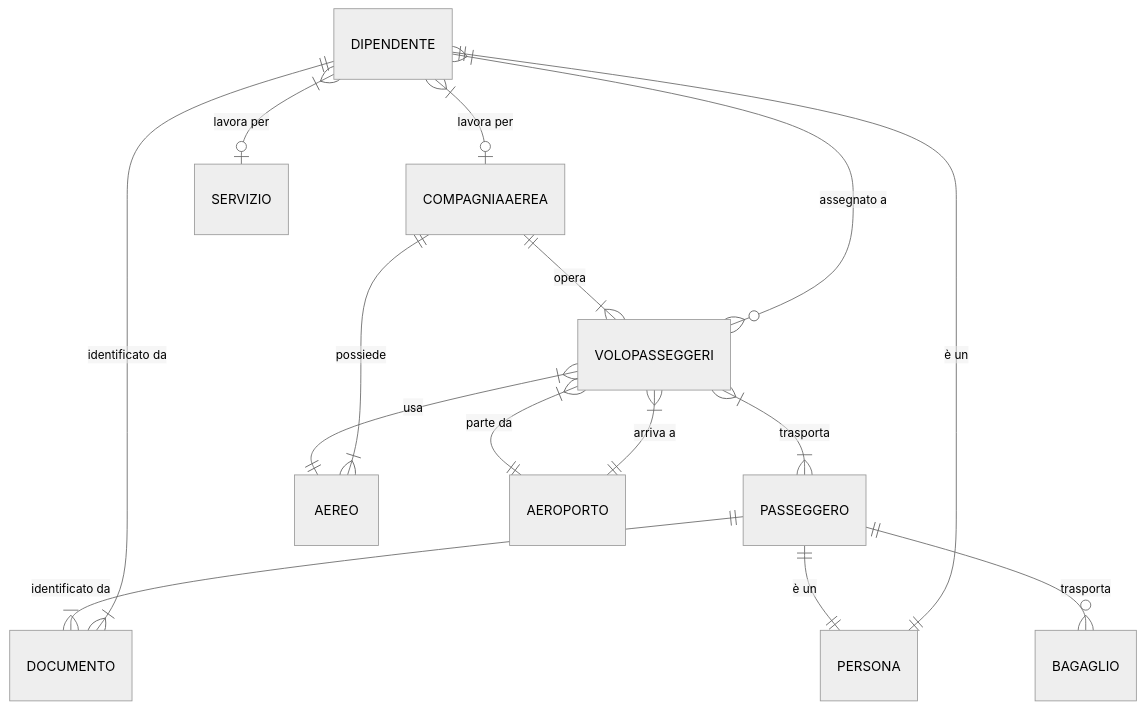
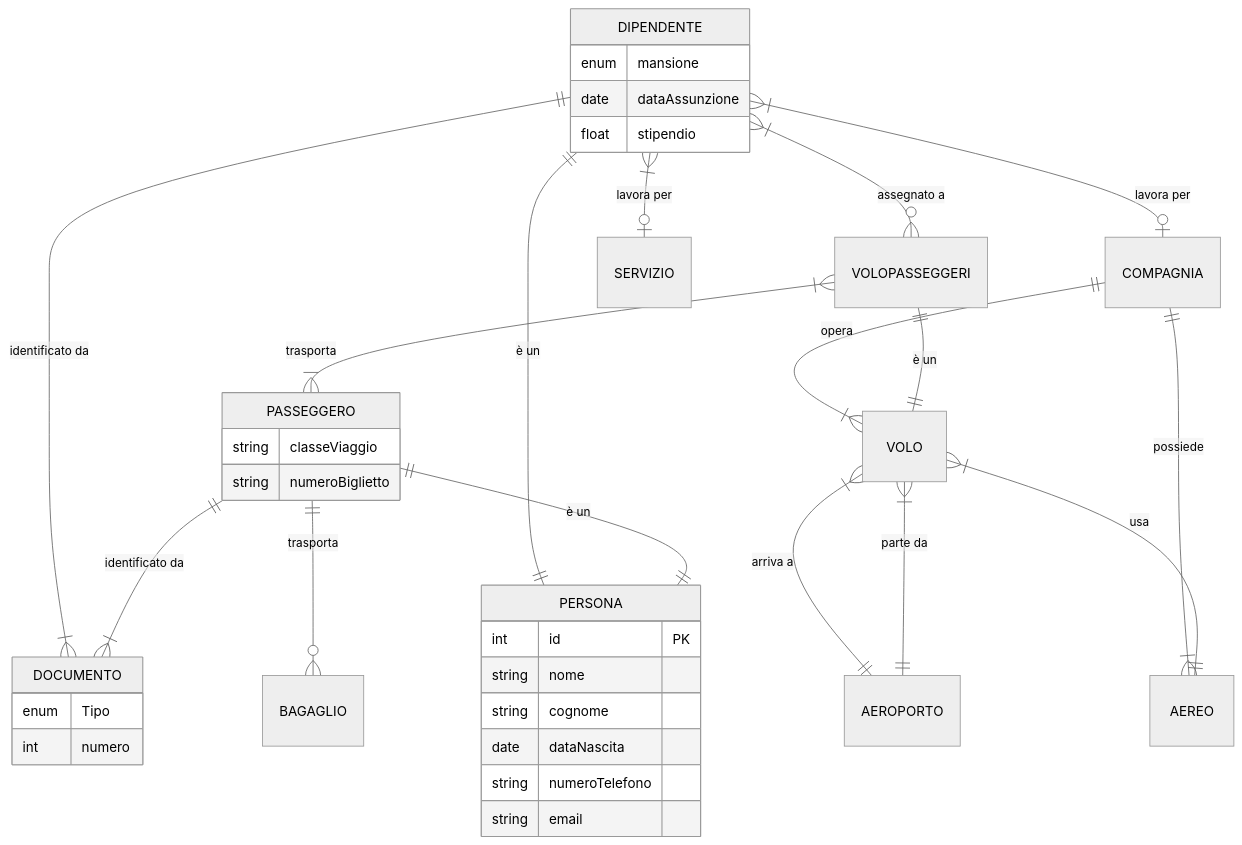
The third of 4 diagrams in RELAZIONE.md (Diebbo/aereodb), drawn with Mermaid (neutral theme) before and after one commit. The commit also changed other lines of this file, not shown here.

Commit message:
aggiunta attributi

````diff
--- a/RELAZIONE.md
+++ b/RELAZIONE.md
@@ -225,19 +225,44 @@
 ```mermaid
 erDiagram
+    VOLO }|--|| AEREO: "usa"
+    VOLO }|--|| AEROPORTO: "parte da"
+    VOLO }|--|| AEROPORTO: "arriva a"
+
+    VOLOPASSEGGERI ||--|| VOLO: "è un"
     VOLOPASSEGGERI }|--|{ PASSEGGERO: "trasporta"
-    VOLOPASSEGGERI }|--|| AEREO: "usa"
-    VOLOPASSEGGERI }|--|| AEROPORTO: "parte da"
-    VOLOPASSEGGERI }|--|| AEROPORTO: "arriva a"
 
-		 COMPAGNIAAEREA ||--|{ VOLOPASSEGGERI: "opera"
-		 COMPAGNIAAEREA ||--|{ AEREO: "possiede"
+    COMPAGNIA ||--|{ VOLO: "opera"
+    COMPAGNIA ||--|{ AEREO: "possiede"
 
     PASSEGGERO ||--|| PERSONA: "è un"
     PASSEGGERO ||--|{ DOCUMENTO: "identificato da"
     PASSEGGERO ||--o{ BAGAGLIO: "trasporta"
+
     DIPENDENTE ||--|{ DOCUMENTO: "identificato da"
     DIPENDENTE }|--o| SERVIZIO: "lavora per"
     DIPENDENTE }|--o{ VOLOPASSEGGERI: "assegnato a"
     DIPENDENTE ||--|| PERSONA: "è un"
-    DIPENDENTE }|--o| COMPAGNIAAEREA: "lavora per"
+    DIPENDENTE }|--o| COMPAGNIA: "lavora per"
+
+    PERSONA {
+        int id PK
+        string nome
+        string cognome
+        date dataNascita
+        string numeroTelefono
+        string email
+    }
+    DIPENDENTE {
+        enum mansione
+        date dataAssunzione
+        float stipendio
+    }
+    PASSEGGERO {
+        string classeViaggio
+        string numeroBiglietto
+    }
+    DOCUMENTO {
+        enum Tipo
+        int numero
+    }
 ```
````
